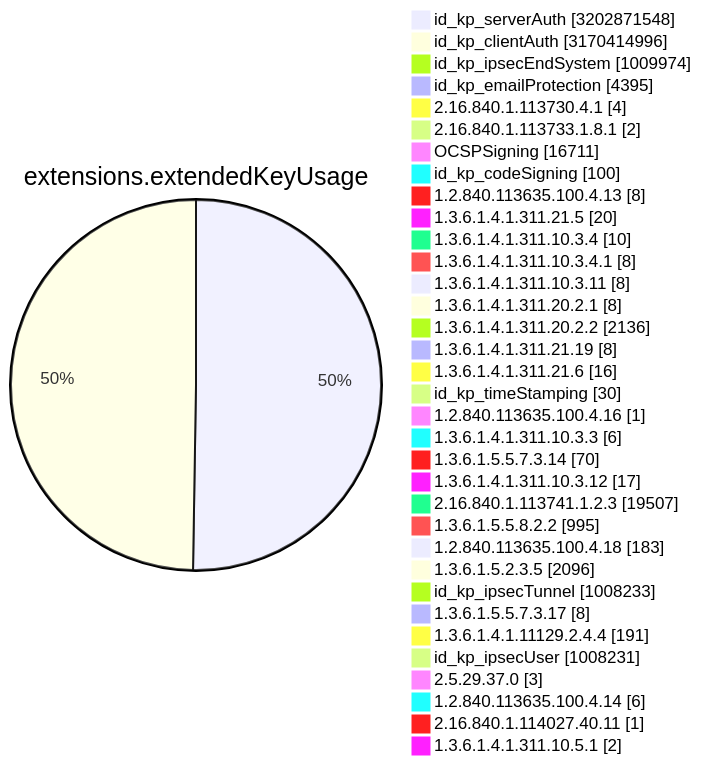
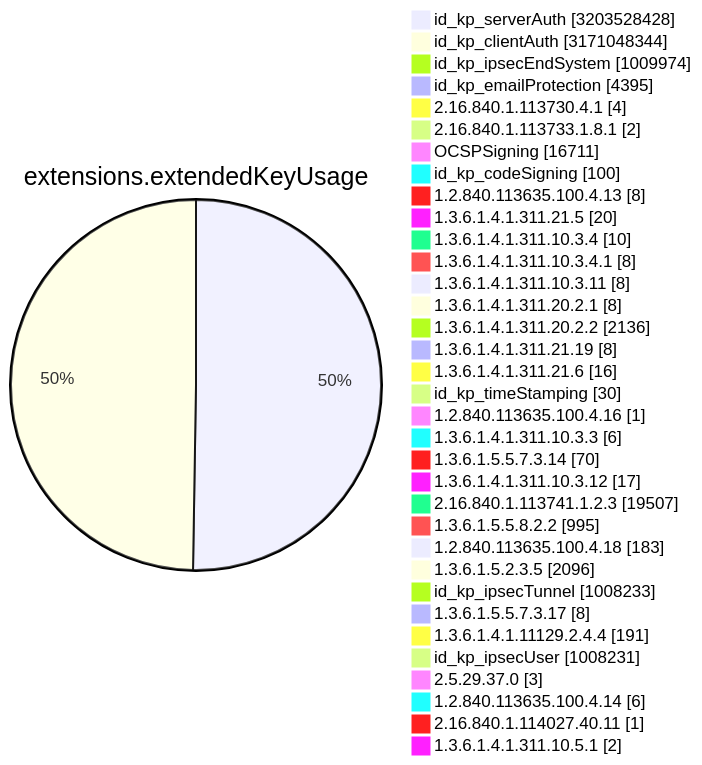
Before and after one commit to christiankrug/ctmonitor_visualization: diagram 11 of 15 in TOTAL/README.md, drawn with Mermaid. The commit also changed other lines of this file, not shown here.

````diff
--- a/TOTAL/README.md
+++ b/TOTAL/README.md
@@ -4119,38 +4119,38 @@
 ```mermaid
 pie showData
 title extensions.extendedKeyUsage
-"id_kp_serverAuth" :3202871548
-"id_kp_clientAuth" :3170414996
+"id_kp_serverAuth" :3203528428
+"id_kp_clientAuth" :3171048344
 "id_kp_ipsecEndSystem" :1009974
 "id_kp_emailProtection" :4395
 "2.16.840.1.113730.4.1" :4
 "2.16.840.1.113733.1.8.1" :2
 "OCSPSigning" :16711
 "id_kp_codeSigning" :100
 "1.2.840.113635.100.4.13" :8
 "1.3.6.1.4.1.311.21.5" :20
 "1.3.6.1.4.1.311.10.3.4" :10
 "1.3.6.1.4.1.311.10.3.4.1" :8
 "1.3.6.1.4.1.311.10.3.11" :8
 "1.3.6.1.4.1.311.20.2.1" :8
 "1.3.6.1.4.1.311.20.2.2" :2136
 "1.3.6.1.4.1.311.21.19" :8
 "1.3.6.1.4.1.311.21.6" :16
 "id_kp_timeStamping" :30
 "1.2.840.113635.100.4.16" :1
 "1.3.6.1.4.1.311.10.3.3" :6
 "1.3.6.1.5.5.7.3.14" :70
 "1.3.6.1.4.1.311.10.3.12" :17
 "2.16.840.1.113741.1.2.3" :19507
 "1.3.6.1.5.5.8.2.2" :995
 "1.2.840.113635.100.4.18" :183
 "1.3.6.1.5.2.3.5" :2096
 "id_kp_ipsecTunnel" :1008233
 "1.3.6.1.5.5.7.3.17" :8
 "1.3.6.1.4.1.11129.2.4.4" :191
 "id_kp_ipsecUser" :1008231
 "2.5.29.37.0" :3
 "1.2.840.113635.100.4.14" :6
 "2.16.840.1.114027.40.11" :1
 "1.3.6.1.4.1.311.10.5.1" :2
 ```
````
